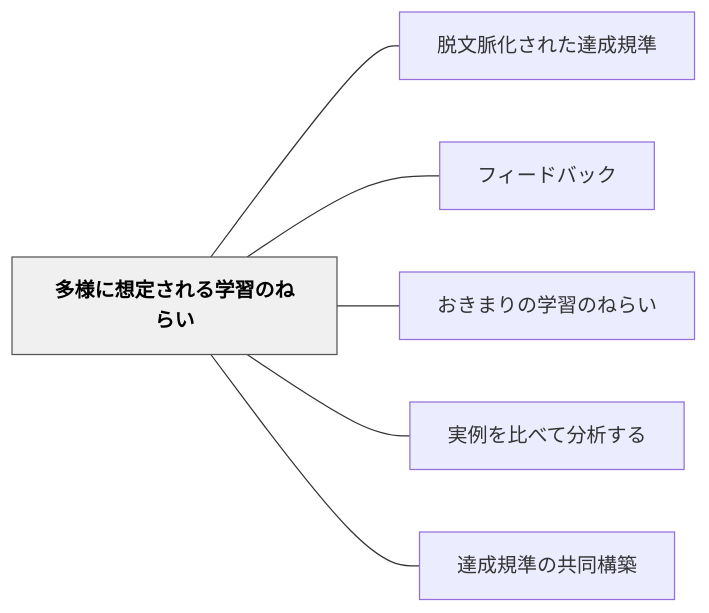
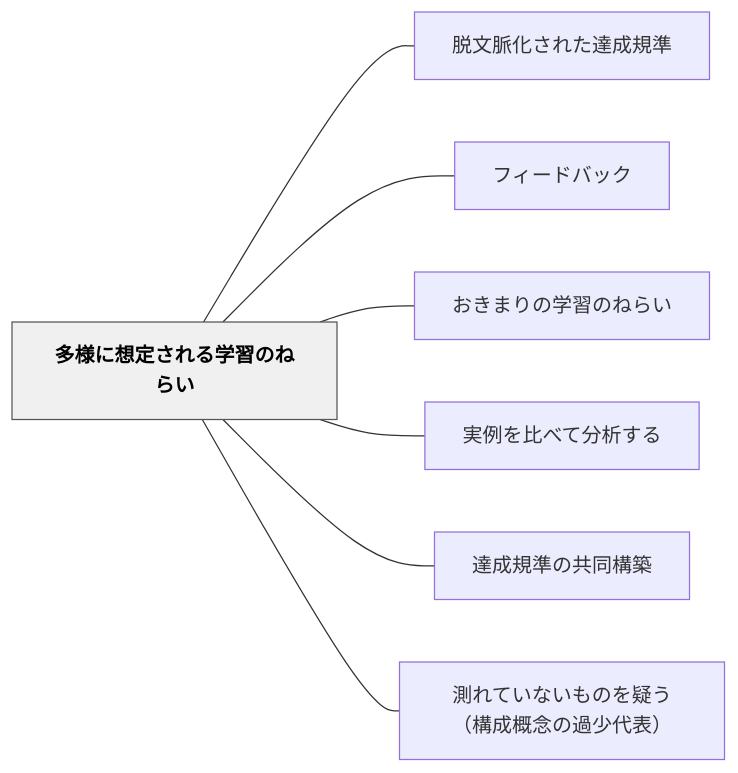
One commit to unknownthings-ed-patterns/unknownthings-ed-patterns changed the diagram in content/パタン/多様に想定される学習のねらい.md. Above: the diagram before and after it, drawn with Mermaid. The commit also changed other lines of this file and 22 other files, not shown here.

````diff
--- a/content/パタン/多様に想定される学習のねらい.md
+++ b/content/パタン/多様に想定される学習のねらい.md
@@ -43,18 +43,20 @@
 ```mermaid
 flowchart LR
     ne5a49ae6a798e381abe683b3e5ae9ae38195e3828ce3828be5ada6e7bf92e381aee381ade38289e38184["多様に想定される学習のねらい"]
     ne884b1e69687e88488e58c96e38195e3828ce3819fe98194e68890e8a68fe6ba96["脱文脈化された達成規準"]
     ne38395e382a3e383bce38389e38390e38383e382af["フィードバック"]
     ne3818ae3818de381bee3828ae381aee5ada6e7bf92e381aee381ade38289e38184["おきまりの学習のねらい"]
     ne5ae9fe4be8be38292e6af94e381b9e381a6e58886e69e90e38199e3828b["実例を比べて分析する"]
     ne98194e68890e8a68fe6ba96e381aee585b1e5908ce6a78be7af89["達成規準の共同構築"]
+    ne6b8ace3828ce381a6e38184e381aae38184e38282e381aee38292e79691e38186efbc88e6a78be68890e6a682e5bfb5e381aee9818ee5b091e4bba3e8a1a8efbc89["測れていないものを疑う（構成概念の過少代表）"]
 
     ne5a49ae6a798e381abe683b3e5ae9ae38195e3828ce3828be5ada6e7bf92e381aee381ade38289e38184 --- ne884b1e69687e88488e58c96e38195e3828ce3819fe98194e68890e8a68fe6ba96
     ne5a49ae6a798e381abe683b3e5ae9ae38195e3828ce3828be5ada6e7bf92e381aee381ade38289e38184 --- ne38395e382a3e383bce38389e38390e38383e382af
     ne5a49ae6a798e381abe683b3e5ae9ae38195e3828ce3828be5ada6e7bf92e381aee381ade38289e38184 --- ne3818ae3818de381bee3828ae381aee5ada6e7bf92e381aee381ade38289e38184
     ne5a49ae6a798e381abe683b3e5ae9ae38195e3828ce3828be5ada6e7bf92e381aee381ade38289e38184 --- ne5ae9fe4be8be38292e6af94e381b9e381a6e58886e69e90e38199e3828b
     ne5a49ae6a798e381abe683b3e5ae9ae38195e3828ce3828be5ada6e7bf92e381aee381ade38289e38184 --- ne98194e68890e8a68fe6ba96e381aee585b1e5908ce6a78be7af89
+    ne5a49ae6a798e381abe683b3e5ae9ae38195e3828ce3828be5ada6e7bf92e381aee381ade38289e38184 --- ne6b8ace3828ce381a6e38184e381aae38184e38282e381aee38292e79691e38186efbc88e6a78be68890e6a682e5bfb5e381aee9818ee5b091e4bba3e8a1a8efbc89
 
     classDef hub fill:#f0f0f0,stroke:#555,color:#000,font-weight:bold
     class ne5a49ae6a798e381abe683b3e5ae9ae38195e3828ce3828be5ada6e7bf92e381aee381ade38289e38184 hub
 ```
````
